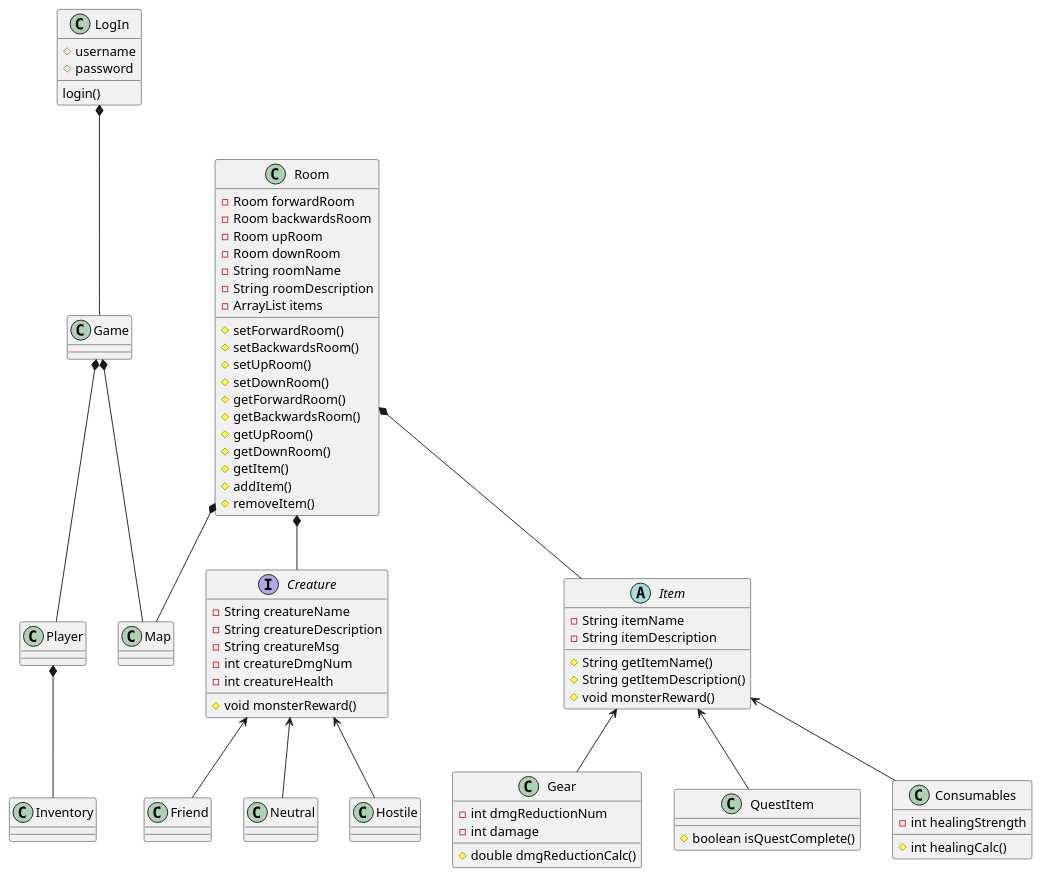
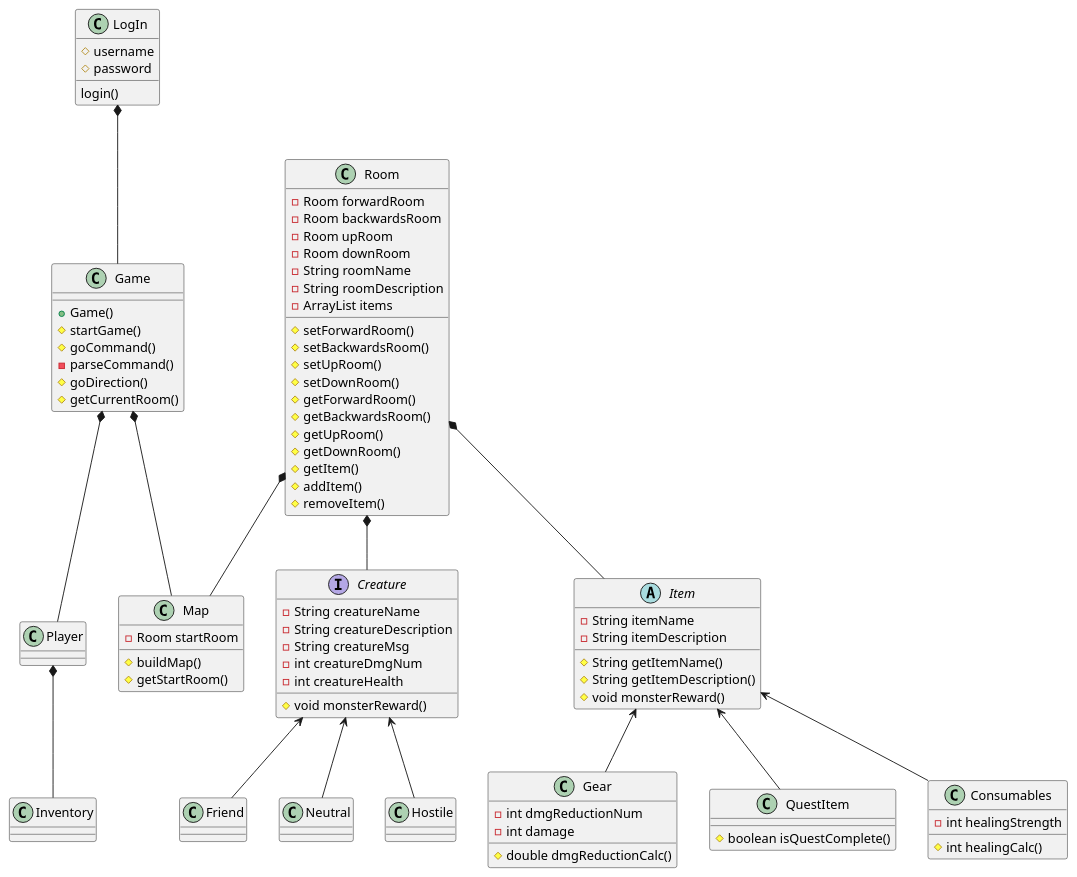
One commit to Linus-llm/SP4_LinusAndreasOlivia changed the diagram in StarCathedral/doc/DomainModel.puml. Above: the diagram before and after it, drawn with PlantUML.

Commit message:
updated class diagram

```diff
--- a/StarCathedral/doc/DomainModel.puml
+++ b/StarCathedral/doc/DomainModel.puml
@@ -1,86 +1,98 @@
 @startuml
 'https://plantuml.com/class-diagram
 
 class LogIn {
 #username
 #password
 
 login()
 }
-class Game
+class Game{
++Game()
+#startGame()
+#goCommand()
+-parseCommand()
+#goDirection()
+#getCurrentRoom()
+}
 class Player
 class Inventory
-class Map
+class Map {
+-Room startRoom
+#buildMap()
+#getStartRoom()
+
+}
 class Room {
 -Room forwardRoom
 -Room backwardsRoom
 -Room upRoom
 -Room downRoom
 -String roomName
 -String roomDescription
 -ArrayList items
 #setForwardRoom()
 #setBackwardsRoom()
 #setUpRoom()
 #setDownRoom()
 #getForwardRoom()
 #getBackwardsRoom()
 #getUpRoom()
 #getDownRoom()
 #getItem()
 #addItem()
 #removeItem()
 
 }
 interface Creature {
 -String creatureName
 -String creatureDescription
 -String creatureMsg
 -int creatureDmgNum
 -int creatureHealth
 #void monsterReward()
 
 }
 class Friend {
 }
 class Neutral
 class Hostile
 abstract class Item{
 -String itemName
 -String itemDescription
 # String getItemName()
 #String getItemDescription()
 #void monsterReward()
 }
 class Gear {
 - int dmgReductionNum
 - int damage
 # double dmgReductionCalc()
 }
 class QuestItem {
 #boolean isQuestComplete()
 }
 class Consumables{
 -int healingStrength
 # int healingCalc()
 
 }
 
 LogIn*--Game
 Game*--Player
 Player*--Inventory
 Game*--Map
 Room*--Map
 Room*--Item
 Room*--Creature
 Creature<--Friend
 Creature<--Neutral
 Creature<--Hostile
 Item<--Gear
 Item<--Consumables
 Item<--QuestItem
 
 
 
 
 @enduml
```
